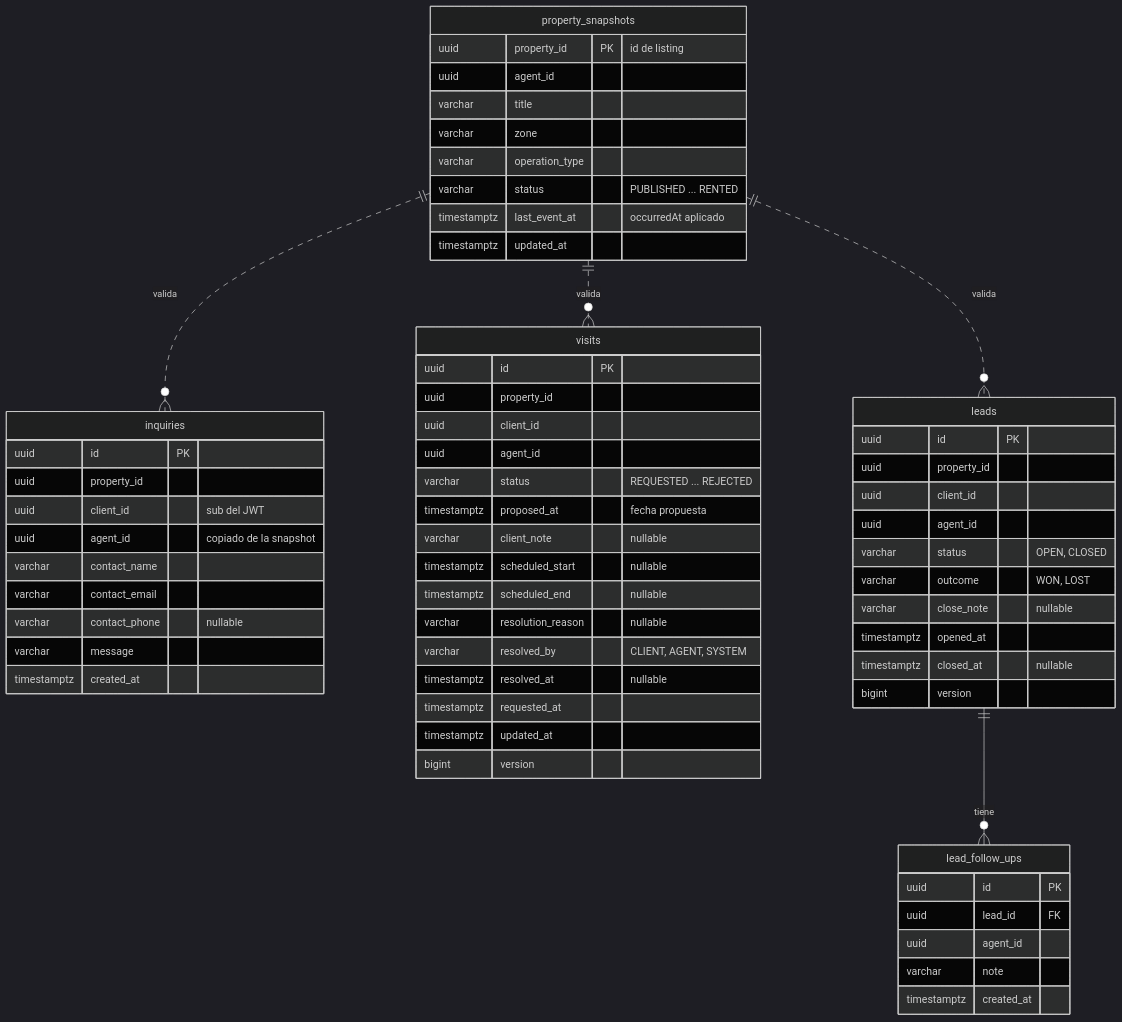
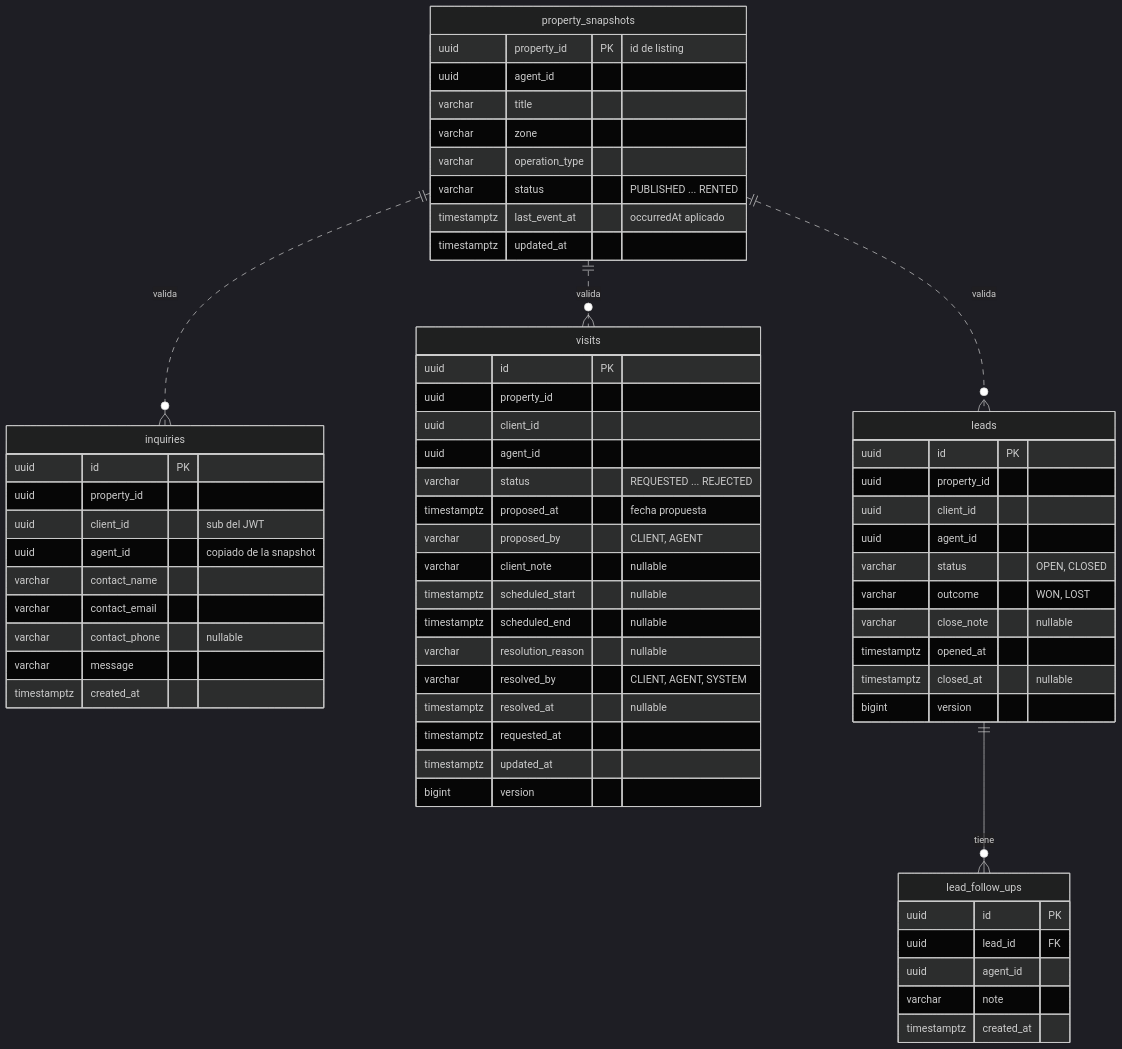
Before and after one commit to AndreaSoto7/nur.microservices.inmobiliaria: the diagram in docs/base-de-datos/visit-service.md, drawn with Mermaid (dark theme). The commit also changed other lines of this file and 24 other files, not shown here.

````diff
--- a/docs/base-de-datos/visit-service.md
+++ b/docs/base-de-datos/visit-service.md
@@ -13,65 +13,66 @@
 ```mermaid
 erDiagram
     property_snapshots ||..o{ inquiries : "valida"
     property_snapshots ||..o{ visits : "valida"
     property_snapshots ||..o{ leads : "valida"
     leads ||--o{ lead_follow_ups : "tiene"
 
     property_snapshots {
         uuid property_id PK "id de listing"
         uuid agent_id
         varchar title
         varchar zone
         varchar operation_type
         varchar status "PUBLISHED ... RENTED"
         timestamptz last_event_at "occurredAt aplicado"
         timestamptz updated_at
     }
     inquiries {
         uuid id PK
         uuid property_id
         uuid client_id "sub del JWT"
         uuid agent_id "copiado de la snapshot"
         varchar contact_name
         varchar contact_email
         varchar contact_phone "nullable"
         varchar message
         timestamptz created_at
     }
     visits {
         uuid id PK
         uuid property_id
         uuid client_id
         uuid agent_id
         varchar status "REQUESTED ... REJECTED"
         timestamptz proposed_at "fecha propuesta"
+        varchar proposed_by "CLIENT, AGENT"
         varchar client_note "nullable"
         timestamptz scheduled_start "nullable"
         timestamptz scheduled_end "nullable"
         varchar resolution_reason "nullable"
         varchar resolved_by "CLIENT, AGENT, SYSTEM"
         timestamptz resolved_at "nullable"
         timestamptz requested_at
         timestamptz updated_at
         bigint version
     }
     leads {
         uuid id PK
         uuid property_id
         uuid client_id
         uuid agent_id
         varchar status "OPEN, CLOSED"
         varchar outcome "WON, LOST"
         varchar close_note "nullable"
         timestamptz opened_at
         timestamptz closed_at "nullable"
         bigint version
     }
     lead_follow_ups {
         uuid id PK
         uuid lead_id FK
         uuid agent_id
         varchar note
         timestamptz created_at
     }
 ```
````
